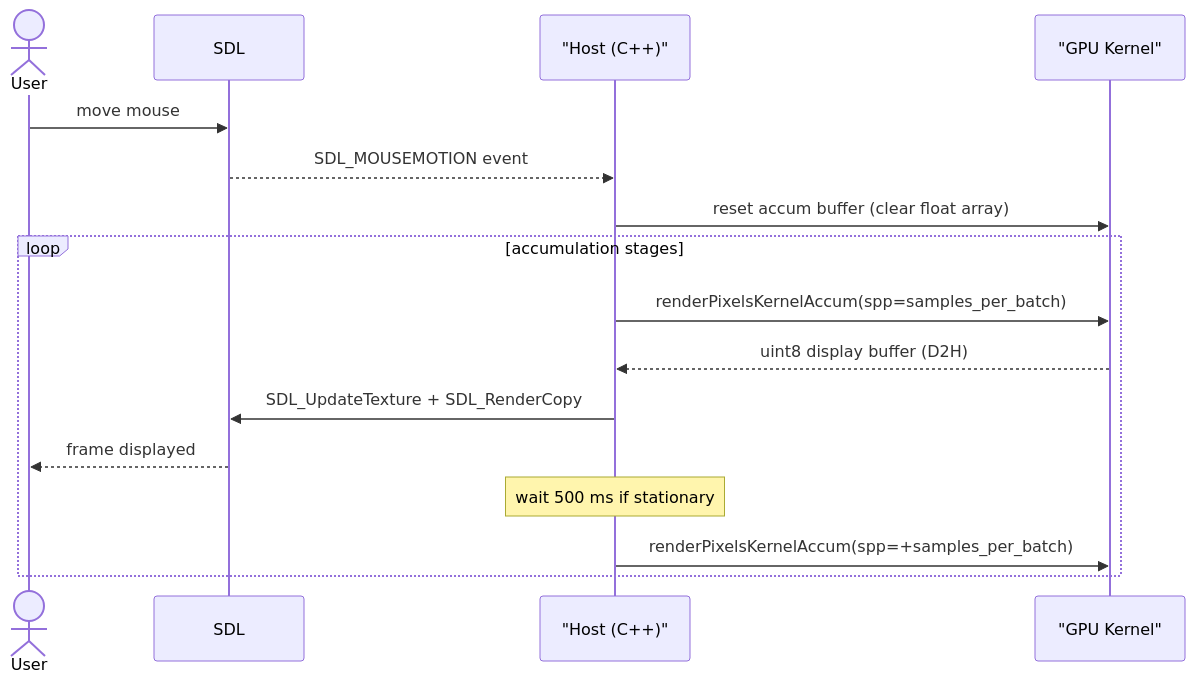
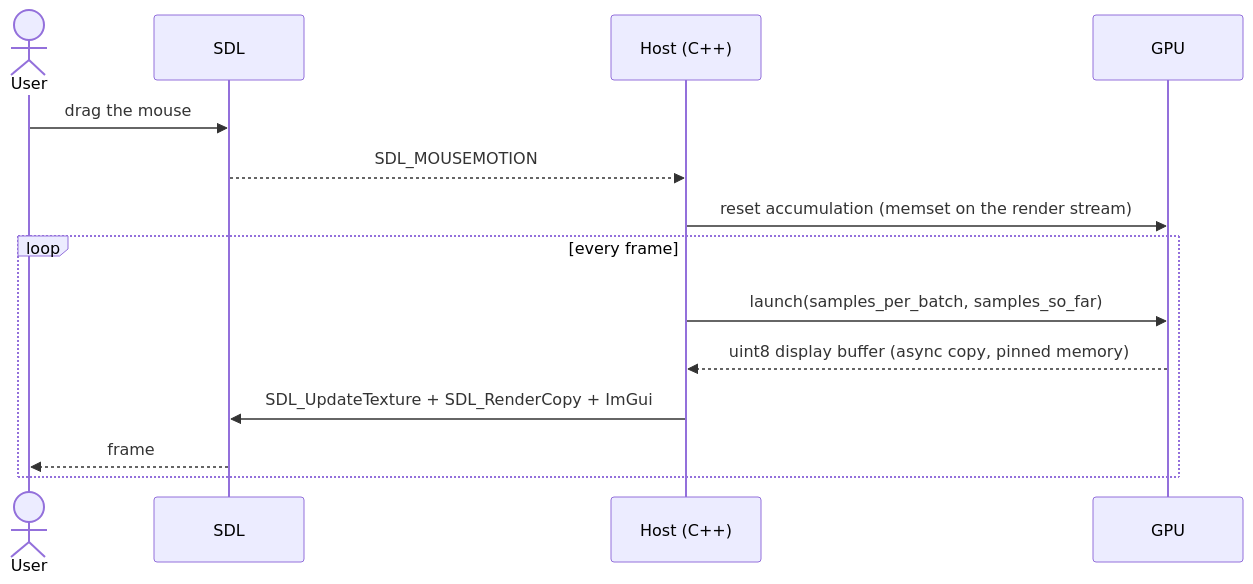
One commit to pmudry/RayON changed the first of 2 diagrams in website/docs/architecture/progressive-rendering.md. Above: the diagram before and after it, drawn with Mermaid. The commit also changed other lines of this file and 53 other files, not shown here.

````diff
--- a/website/docs/architecture/progressive-rendering.md
+++ b/website/docs/architecture/progressive-rendering.md
@@ -17,19 +21,16 @@
 ```mermaid
 sequenceDiagram
     actor User
     participant SDL
-    participant Host as "Host (C++)"
-    participant GPU as "GPU Kernel"
-
-    User->>SDL: move mouse
-    SDL-->>Host: SDL_MOUSEMOTION event
-    Host->>GPU: reset accum buffer (clear float array)
-    loop accumulation stages
-        Host->>GPU: renderPixelsKernelAccum(spp=samples_per_batch)
-        GPU-->>Host: uint8 display buffer (D2H)
-        Host->>SDL: SDL_UpdateTexture + SDL_RenderCopy
-        SDL-->>User: frame displayed
-        Note over Host: wait 500 ms if stationary
-        Host->>GPU: renderPixelsKernelAccum(spp=+samples_per_batch)
+    participant Host as Host (C++)
+    participant GPU
+    User->>SDL: drag the mouse
+    SDL-->>Host: SDL_MOUSEMOTION
+    Host->>GPU: reset accumulation (memset on the render stream)
+    loop every frame
+        Host->>GPU: launch(samples_per_batch, samples_so_far)
+        GPU-->>Host: uint8 display buffer (async copy, pinned memory)
+        Host->>SDL: SDL_UpdateTexture + SDL_RenderCopy + ImGui
+        SDL-->>User: frame
     end
 ```
````
